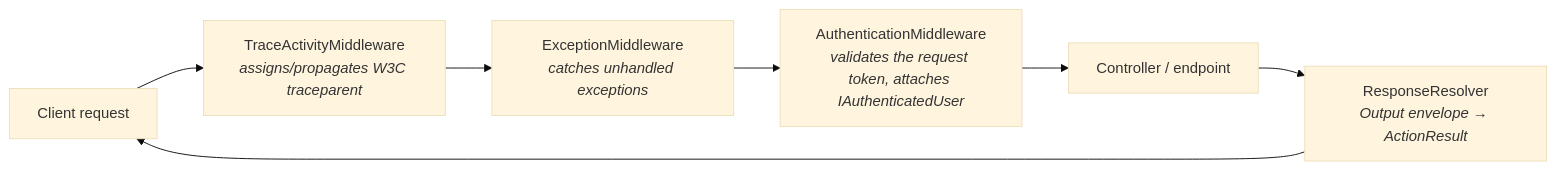
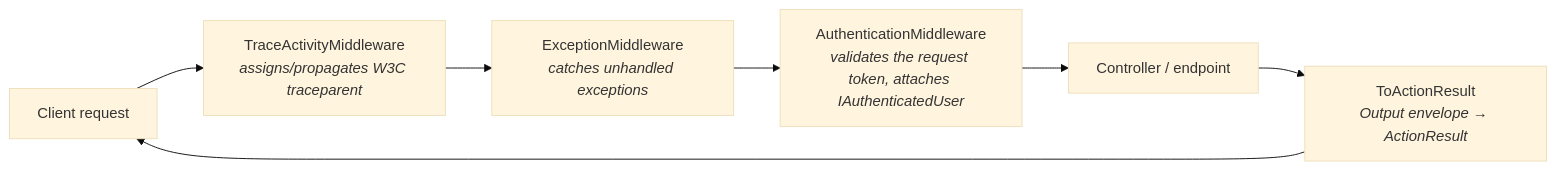
The diagram in docs/content/en/docs/_index.md (artur-rios/dotnet-webapi-util), drawn with Mermaid (base theme) before and after one commit. The commit also changed other lines of this file and 46 other files, not shown here.

````diff
--- a/docs/content/en/docs/_index.md
+++ b/docs/content/en/docs/_index.md
@@ -21,9 +21,9 @@
 ```mermaid
 flowchart LR
     Client["Client request"] --> Trace["TraceActivityMiddleware<br/><i>assigns/propagates W3C traceparent</i>"]
     Trace --> Exception["ExceptionMiddleware<br/><i>catches unhandled exceptions</i>"]
     Exception --> Auth["AuthenticationMiddleware<br/><i>validates the request token, attaches IAuthenticatedUser</i>"]
     Auth --> Endpoint["Controller / endpoint"]
-    Endpoint --> Resolver["ResponseResolver<br/><i>Output envelope → ActionResult</i>"]
+    Endpoint --> Resolver["ToActionResult<br/><i>Output envelope → ActionResult</i>"]
     Resolver --> Client
 ```
````
